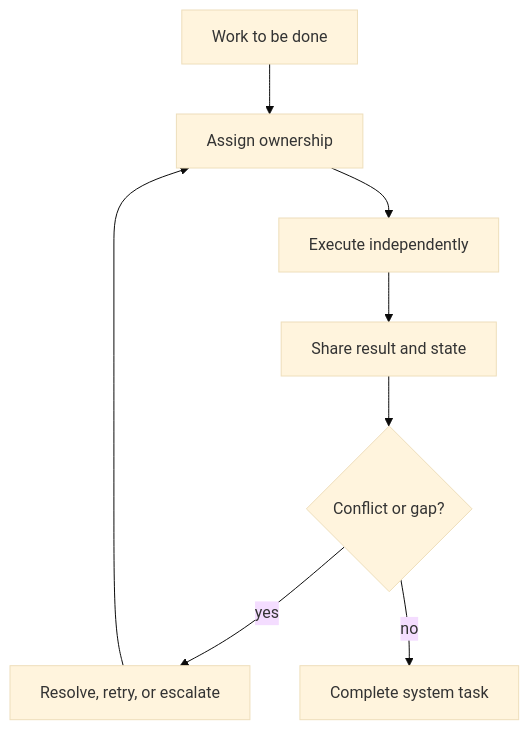
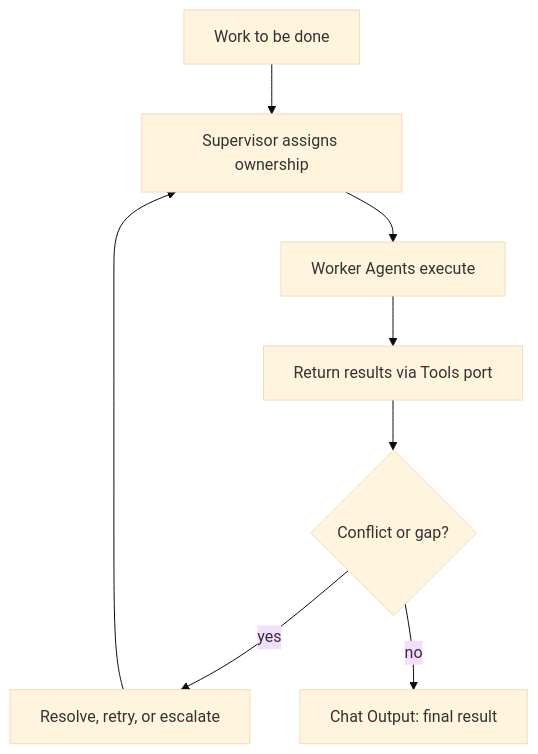
One commit to naren-allam/agents-beginners changed the fifth of 12 diagrams in book/chapters/chapter-03-multi-agent-systems-and-collaboration.md. Above: the diagram before and after it, drawn with Mermaid (base theme). The commit also changed other lines of this file and 28 other files, not shown here.

````diff
--- a/book/chapters/chapter-03-multi-agent-systems-and-collaboration.md
+++ b/book/chapters/chapter-03-multi-agent-systems-and-collaboration.md
@@ -129,18 +129,18 @@
 ```mermaid
 flowchart TD
     Work["Work to be done"]
-    Assign["Assign ownership"]
-    Execute["Execute independently"]
-    Share["Share result and state"]
+    Assign["Supervisor assigns ownership"]
+    Execute["Worker Agents execute"]
+    Share["Return results via Tools port"]
     Detect{"Conflict or gap?"}
     Resolve["Resolve, retry, or escalate"]
-    Complete["Complete system task"]
+    Complete["Chat Output: final result"]
 
     Work --> Assign
     Assign --> Execute
     Execute --> Share
     Share --> Detect
     Detect -- "yes" --> Resolve
     Resolve --> Assign
     Detect -- "no" --> Complete
 ```
````
